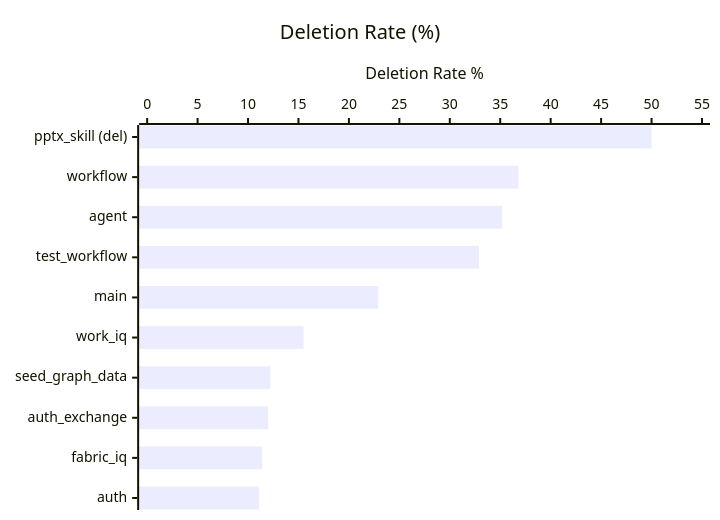
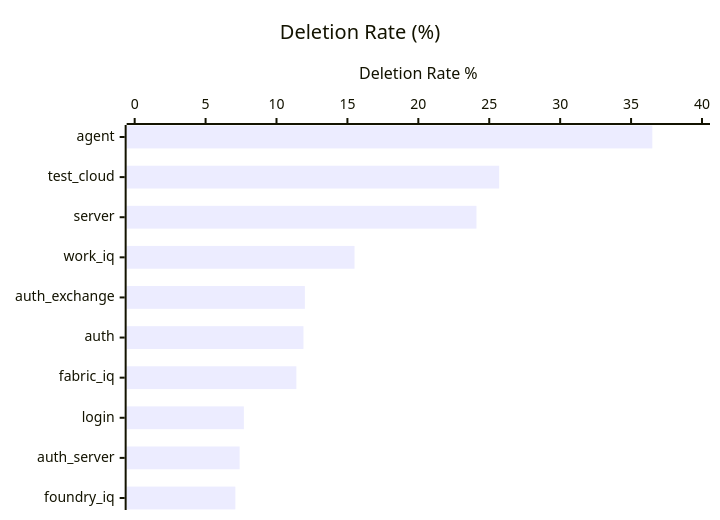
Before and after one commit to jeffhollan/sales-pitch-demo: the third of 4 diagrams in code-analysis-report.md, drawn with Mermaid. The commit also changed other lines of this file and 1 other file, not shown here.

````diff
--- a/code-analysis-report.md
+++ b/code-analysis-report.md
@@ -106,7 +101,7 @@
 ```mermaid
 xychart-beta horizontal
     title "Deletion Rate (%)"
-    x-axis ["pptx_skill (del)", "workflow", "agent", "test_workflow", "main", "work_iq", "seed_graph_data", "auth_exchange", "fabric_iq", "auth"]
-    y-axis "Deletion Rate %" 0 --> 55
-    bar [50.0, 36.8, 35.2, 32.9, 22.9, 15.5, 12.2, 12.0, 11.4, 11.1]
+    x-axis ["agent", "test_cloud", "server", "work_iq", "auth_exchange", "auth", "fabric_iq", "login", "auth_server", "foundry_iq"]
+    y-axis "Deletion Rate %" 0 --> 40
+    bar [36.5, 25.7, 24.1, 15.5, 12.0, 11.9, 11.4, 7.7, 7.4, 7.1]
 ```
````
